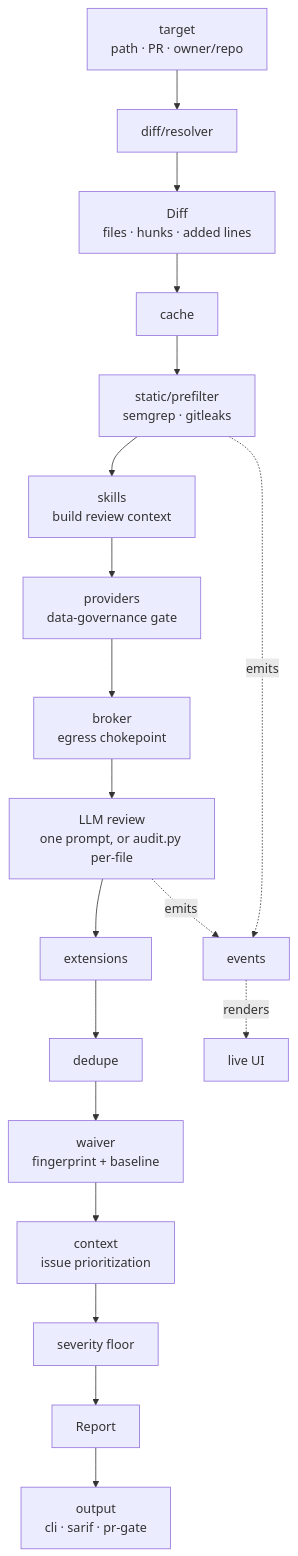
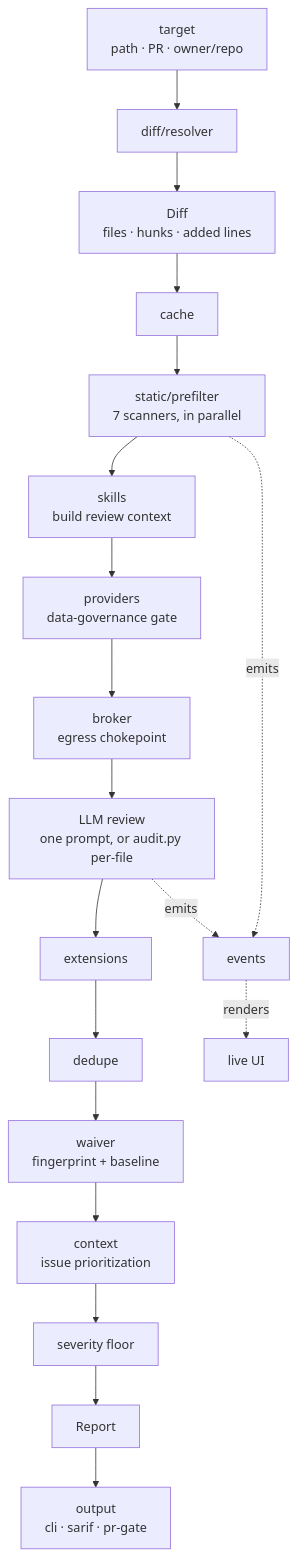
One commit to r0arthur/Cosmo changed the diagram in docs/architecture.md. Above: the diagram before and after it, drawn with Mermaid. The commit also changed other lines of this file and 28 other files, not shown here.

````diff
--- a/docs/architecture.md
+++ b/docs/architecture.md
@@ -18,22 +18,22 @@
 ```mermaid
 flowchart TD
     T["target<br/>path · PR · owner/repo"] --> R[diff/resolver]
     R --> D["Diff<br/>files · hunks · added lines"]
     D --> C[cache]
-    C --> S["static/prefilter<br/>semgrep · gitleaks"]
+    C --> S["static/prefilter<br/>7 scanners, in parallel"]
     S --> CX["skills<br/>build review context"]
     CX --> P["providers<br/>data-governance gate"]
     P --> B["broker<br/>egress chokepoint"]
     B --> L["LLM review<br/>one prompt, or audit.py per-file"]
     L --> E[extensions]
     E --> DD[dedupe]
     DD --> W["waiver<br/>fingerprint + baseline"]
     W --> PR["context<br/>issue prioritization"]
     PR --> TH[severity floor]
     TH --> RPT["Report"]
     RPT --> O["output<br/>cli · sarif · pr-gate"]
 
     L -.emits.-> EV[events]
     S -.emits.-> EV
     EV -.renders.-> UI["live UI"]
 ```
````
